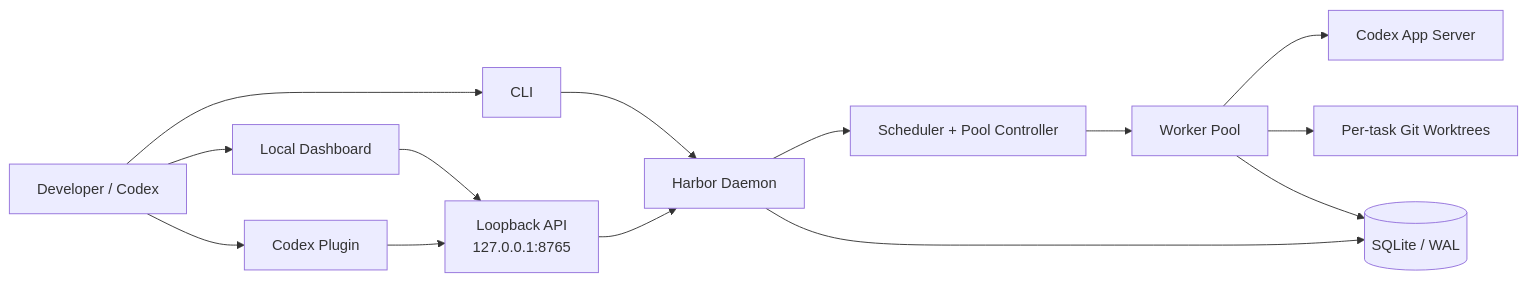
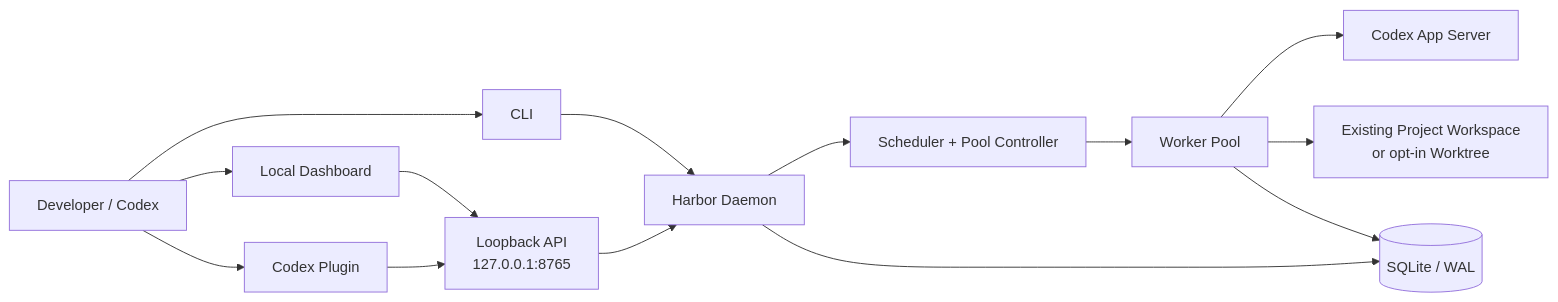
The first of 3 diagrams in README.md (Colin-Cai0318/codex-harbor), drawn with Mermaid before and after one commit. The commit also changed other lines of this file and 22 other files, not shown here.

````diff
--- a/README.md
+++ b/README.md
@@ -65,16 +66,16 @@
 ```mermaid
 flowchart LR
     U[Developer / Codex] --> CLI[CLI]
     U --> UI[Local Dashboard]
     U --> PL[Codex Plugin]
     UI --> API[Loopback API<br/>127.0.0.1:8765]
     PL --> API
     CLI --> D[Harbor Daemon]
     API --> D
     D --> S[Scheduler + Pool Controller]
     S --> W[Worker Pool]
     W --> AS[Codex App Server]
-    W --> WT[Per-task Git Worktrees]
+    W --> WS[Existing Project Workspace<br/>or opt-in Worktree]
     D --> DB[(SQLite / WAL)]
     W --> DB
 ```
````
